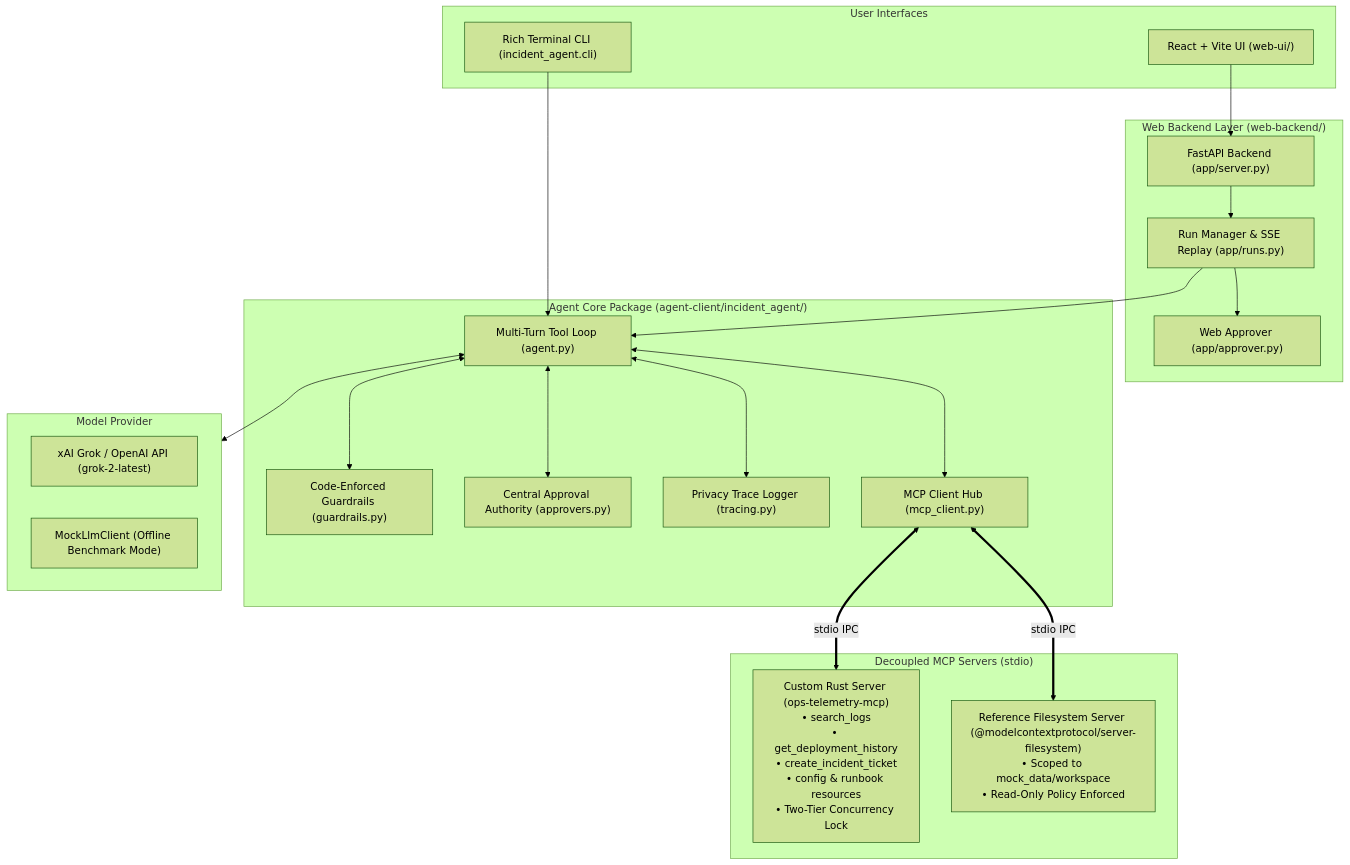
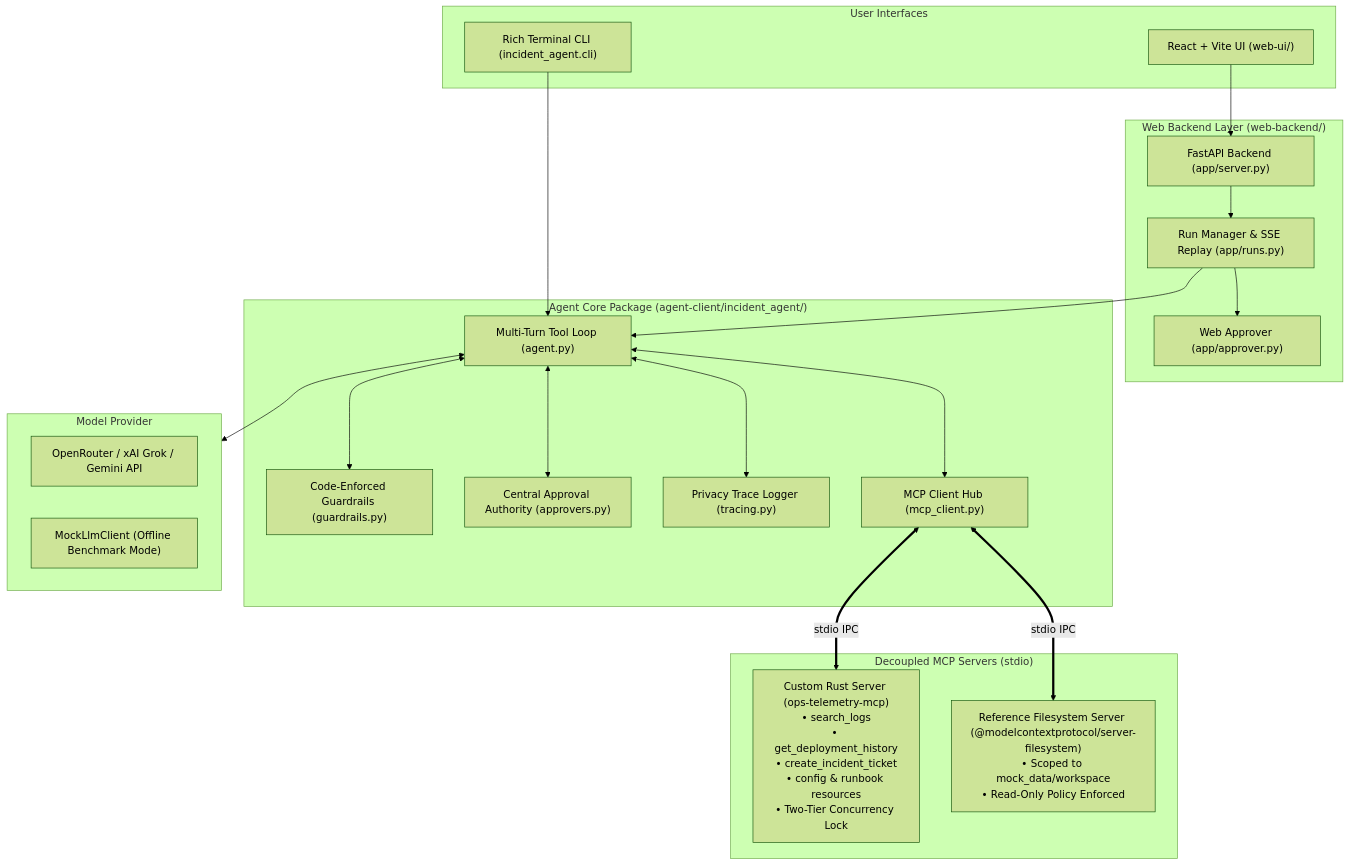
Before and after one commit to Dilshan-Pasindu/AI-Incident-Triage-Agent: the first of 2 diagrams in README.md, drawn with Mermaid (forest theme). The commit also changed other lines of this file and 16 other files, not shown here.

Commit message:
feat(llm): add OpenRouter Grok support and resolve assignment audit gaps

````diff
--- a/README.md
+++ b/README.md
@@ -20,44 +20,44 @@
 ```mermaid
 flowchart TD
     subgraph UI ["User Interfaces"]
         CLI["Rich Terminal CLI (incident_agent.cli)"]
         WEB["React + Vite UI (web-ui/)"]
     end
 
     subgraph WebBackend ["Web Backend Layer (web-backend/)"]
         API["FastAPI Backend (app/server.py)"]
         RUNS["Run Manager & SSE Replay (app/runs.py)"]
         WAPPROV["Web Approver (app/approver.py)"]
     end
 
     subgraph CoreHost ["Agent Core Package (agent-client/incident_agent/)"]
         LOOP["Multi-Turn Tool Loop (agent.py)"]
         GUARD["Code-Enforced Guardrails (guardrails.py)"]
         HITL["Central Approval Authority (approvers.py)"]
         TRACE["Privacy Trace Logger (tracing.py)"]
         HUB["MCP Client Hub (mcp_client.py)"]
     end
 
     subgraph LLM ["Model Provider"]
-        XAI["xAI Grok / OpenAI API (grok-2-latest)"]
+        OR["OpenRouter / xAI Grok / Gemini API"]
         MOCK["MockLlmClient (Offline Benchmark Mode)"]
     end
 
     subgraph Servers ["Decoupled MCP Servers (stdio)"]
         OPS["Custom Rust Server (ops-telemetry-mcp)\n• search_logs\n• get_deployment_history\n• create_incident_ticket\n• config & runbook resources\n• Two-Tier Concurrency Lock"]
         FS["Reference Filesystem Server (@modelcontextprotocol/server-filesystem)\n• Scoped to mock_data/workspace\n• Read-Only Policy Enforced"]
     end
 
     CLI --> LOOP
     WEB --> API
     API --> RUNS
     RUNS --> WAPPROV
     RUNS --> LOOP
     LOOP <--> GUARD
     LOOP <--> HITL
     LOOP <--> TRACE
     LOOP <--> LLM
     LOOP <--> HUB
     HUB <==>|stdio IPC| OPS
     HUB <==>|stdio IPC| FS
 ```
````
